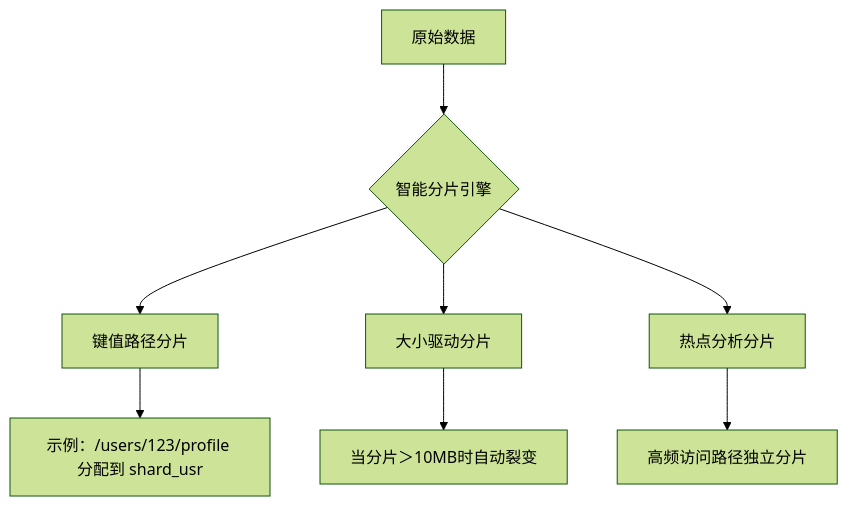
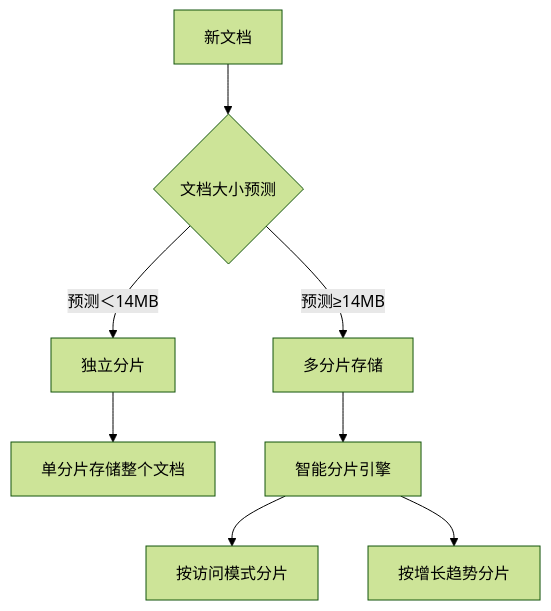
Before and after one commit to yingjianzh/iodraw-files: the diagram in all/未命名-24.md, drawn with Mermaid (forest theme).

Commit message:
2025-02-24 14:21:41 update

````diff
--- a/all/未命名-24.md
+++ b/all/未命名-24.md
@@ -1,11 +1,11 @@
 ```mermaid
 graph TD
-    A[原始数据] --> B{智能分片引擎}
-    B --> C[键值路径分片]
-    B --> D[大小驱动分片]
-    B --> E[热点分析分片]
+    A[新文档] --> B{文档大小预测}
+    B -- 预测＜14MB --> C[独立分片]
+    B -- 预测≥14MB --> D[多分片存储]
     
-    C --> F["示例：/users/123/profile 分配到 shard_usr"]
-    D --> G["当分片＞10MB时自动裂变"]
-    E --> H["高频访问路径独立分片"]
+    C --> E[单分片存储整个文档]
+    D --> F[智能分片引擎]
+    F --> G[按访问模式分片]
+    F --> H[按增长趋势分片]
 ```
````
